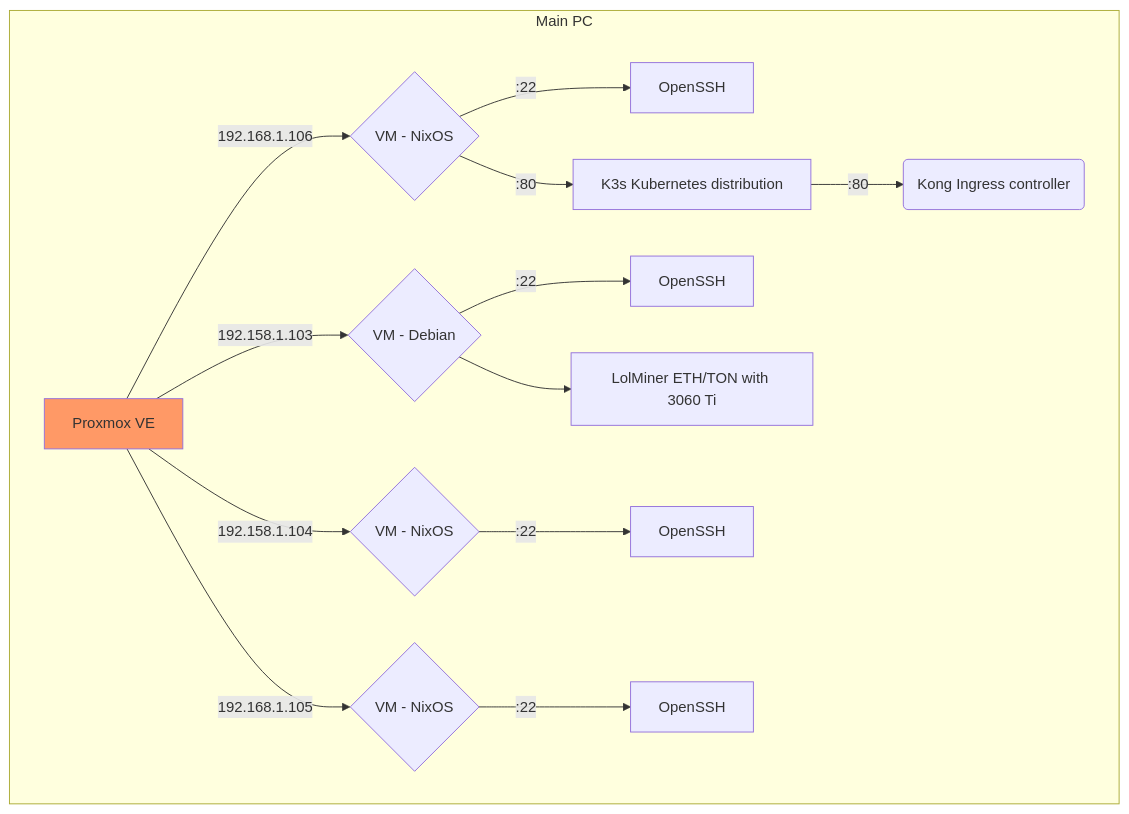
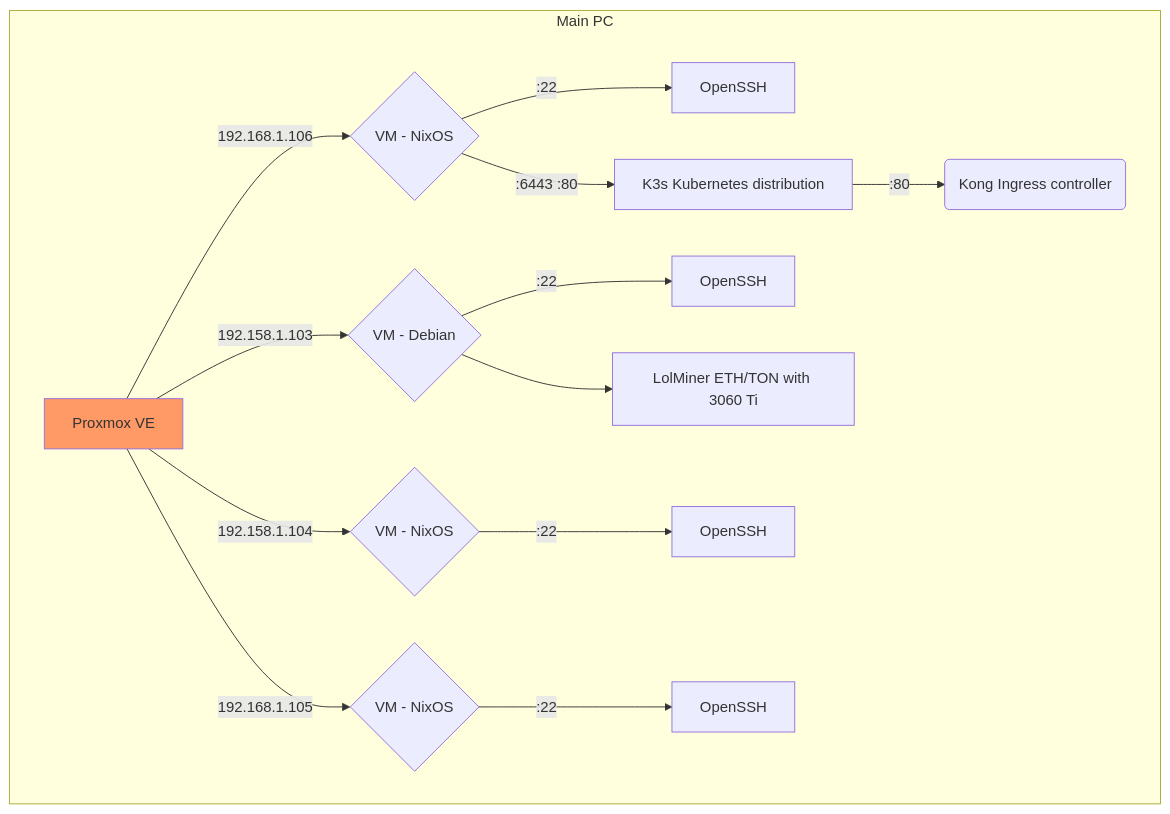
The diagram in homelab/README.md (portothree/dotfiles), drawn with Mermaid before and after one commit. The commit also changed 1 other file, not shown here.

Commit message:
chore: update lara ports

````diff
--- a/homelab/README.md
+++ b/homelab/README.md
@@ -3,19 +3,19 @@
 ```mermaid
 graph TD
 	subgraph Main PC
 		A[Proxmox VE] -->|192.168.1.106| 100{VM - NixOS};
 		100 -->|:22| 100_ssh[OpenSSH];
-		100 -->|:80| K3s[K3s Kubernetes distribution];
+		100 -->|:6443 :80| K3s[K3s Kubernetes distribution];
 		K3s -->|:80| Kong(Kong Ingress controller);
 		A -->|192.158.1.103| 102{VM - Debian};
 		102 -->|:22| 102_ssh[OpenSSH];
 		102 --> lolminer[LolMiner ETH/TON with 3060 Ti];
 		A -->|192.158.1.104| 103{VM - NixOS};
 		103 -->|:22| 103_ssh[OpenSSH];
 		A -->|192.168.1.105| 104{VM - NixOS};
 		104 -->|:22| 104_ssh[OpenSSH];
 	end
 	
 	classDef orange fill:#f96;
 	class A orange
 ```
````
